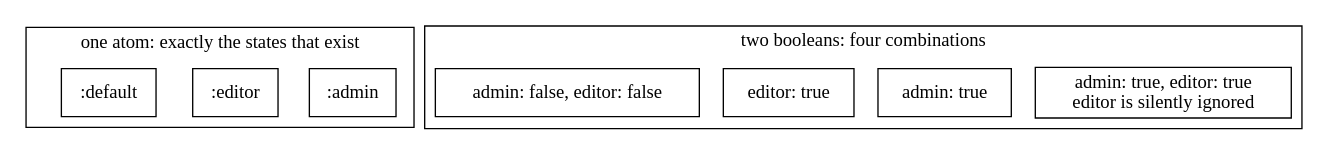
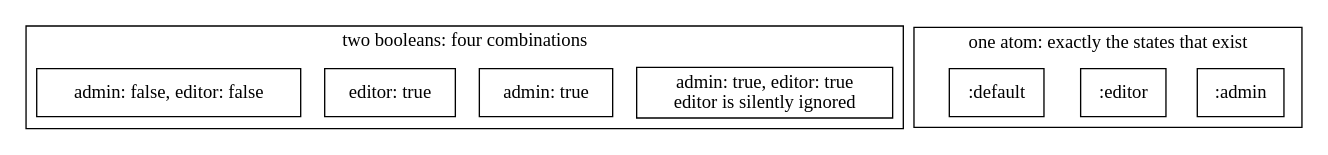
Before and after one commit to danceinthefake/visualixir: the diagram in docs/diagrams/design-anti-patterns/boolean.dot, drawn with Graphviz. The commit also changed other lines of this file and 13 other files, not shown here.

First line of the commit message:
Put diagram clusters in reading order

```diff
--- a/docs/diagrams/design-anti-patterns/boolean.dot
+++ b/docs/diagrams/design-anti-patterns/boolean.dot
@@ -1,16 +1,16 @@
 digraph boolean {
   node [shape=box]
-  subgraph cluster_role {
-    label="one atom: exactly the states that exist"
-    r3 [label=":admin"]
-    r2 [label=":editor"]
-    r1 [label=":default" class=hl]
-  }
   subgraph cluster_bool {
     label="two booleans: four combinations"
     c4 [label="admin: true, editor: true\neditor is silently ignored" class=dim]
     c3 [label="admin: true"]
     c2 [label="editor: true"]
     c1 [label="admin: false, editor: false"]
   }
+  subgraph cluster_role {
+    label="one atom: exactly the states that exist"
+    r3 [label=":admin"]
+    r2 [label=":editor"]
+    r1 [label=":default" class=hl]
+  }
 }
```
